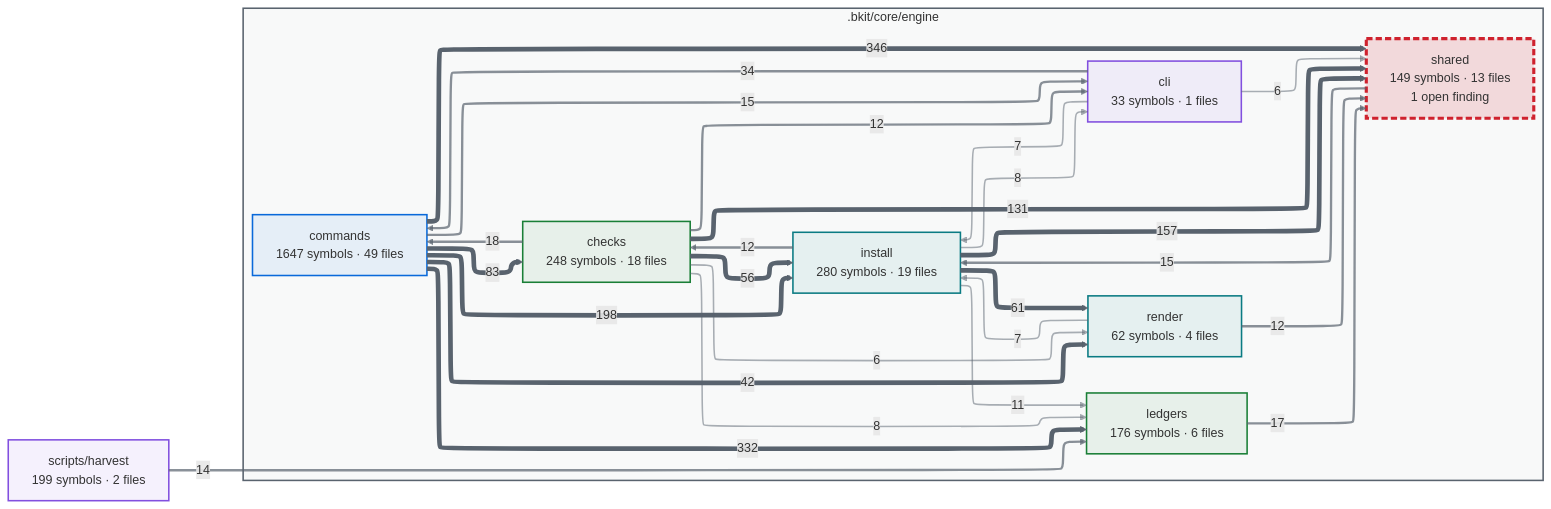
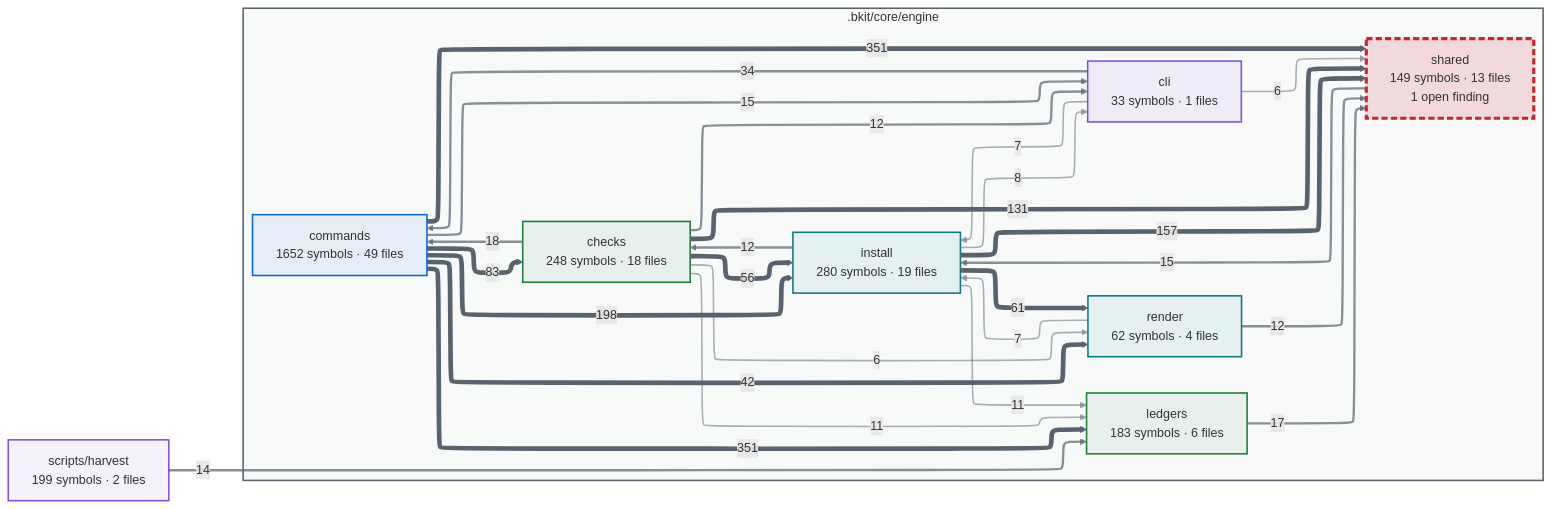
The first of 2 diagrams in docs/capabilities.md (cbartens/bkit), drawn with Mermaid before and after one commit. The commit also changed other lines of this file and 139 other files, not shown here.

````diff
--- a/docs/capabilities.md
+++ b/docs/capabilities.md
@@ -153,80 +153,80 @@
 ```mermaid
 ---
 config:
   layout: elk
   themeCSS: "marker { overflow: visible; } marker path { transform: scale(1.8); transform-origin: 5px 5px; }"
   flowchart:
     useMaxWidth: false
 ---
 flowchart LR
-  %% Generated by bkit-graphify-rollup.py from 6af3da0add44a098ea842cdeaa98d4623f9f7c8e — do not edit
+  %% Generated by bkit-graphify-rollup.py from a5e3d68d01b595bc6836c74d77227037c6a1093d — do not edit
   subgraph gn_bkit_core_engine[".bkit/core/engine"]
     n_bkit_core_engine_checks["checks<br/>248 symbols · 18 files"]
     n_bkit_core_engine_cli["cli<br/>33 symbols · 1 files"]
-    n_bkit_core_engine_commands["commands<br/>1647 symbols · 49 files"]
+    n_bkit_core_engine_commands["commands<br/>1652 symbols · 49 files"]
     n_bkit_core_engine_install["install<br/>280 symbols · 19 files"]
-    n_bkit_core_engine_ledgers["ledgers<br/>176 symbols · 6 files"]
+    n_bkit_core_engine_ledgers["ledgers<br/>183 symbols · 6 files"]
     n_bkit_core_engine_render["render<br/>62 symbols · 4 files"]
     n_bkit_core_engine_shared["shared<br/>149 symbols · 13 files<br/>1 open finding"]
   end
   nscripts_harvest["scripts/harvest<br/>199 symbols · 2 files"]
-  n_bkit_core_engine_commands -->|346| n_bkit_core_engine_shared
-  n_bkit_core_engine_commands -->|332| n_bkit_core_engine_ledgers
+  n_bkit_core_engine_commands -->|351| n_bkit_core_engine_ledgers
+  n_bkit_core_engine_commands -->|351| n_bkit_core_engine_shared
   n_bkit_core_engine_commands -->|198| n_bkit_core_engine_install
   n_bkit_core_engine_install -->|157| n_bkit_core_engine_shared
   n_bkit_core_engine_checks -->|131| n_bkit_core_engine_shared
   n_bkit_core_engine_commands -->|83| n_bkit_core_engine_checks
   n_bkit_core_engine_install -->|61| n_bkit_core_engine_render
   n_bkit_core_engine_checks -->|56| n_bkit_core_engine_install
   n_bkit_core_engine_commands -->|42| n_bkit_core_engine_render
   n_bkit_core_engine_cli -->|34| n_bkit_core_engine_commands
   n_bkit_core_engine_checks -->|18| n_bkit_core_engine_commands
   n_bkit_core_engine_ledgers -->|17| n_bkit_core_engine_shared
   n_bkit_core_engine_shared -->|15| n_bkit_core_engine_install
   n_bkit_core_engine_commands -->|15| n_bkit_core_engine_cli
   nscripts_harvest -->|14| n_bkit_core_engine_ledgers
   n_bkit_core_engine_install -->|12| n_bkit_core_engine_checks
   n_bkit_core_engine_checks -->|12| n_bkit_core_engine_cli
   n_bkit_core_engine_render -->|12| n_bkit_core_engine_shared
+  n_bkit_core_engine_checks -->|11| n_bkit_core_engine_ledgers
   n_bkit_core_engine_install -->|11| n_bkit_core_engine_ledgers
-  n_bkit_core_engine_checks -->|8| n_bkit_core_engine_ledgers
   n_bkit_core_engine_install -->|8| n_bkit_core_engine_cli
   n_bkit_core_engine_cli -->|7| n_bkit_core_engine_install
   n_bkit_core_engine_render -->|7| n_bkit_core_engine_install
   n_bkit_core_engine_checks -->|6| n_bkit_core_engine_render
   n_bkit_core_engine_cli -->|6| n_bkit_core_engine_shared
   style gn_bkit_core_engine fill:#59636e0a,stroke:#59636e,stroke-width:2px
   style n_bkit_core_engine_checks stroke:#1a7f37,stroke-width:2px,fill:#1a7f3714
   style n_bkit_core_engine_cli stroke:#8250df,stroke-width:2px,fill:#8250df14
   style n_bkit_core_engine_commands stroke:#0969da,stroke-width:2px,fill:#0969da14
   style n_bkit_core_engine_install stroke:#0a7b83,stroke-width:2px,fill:#0a7b8314
   style n_bkit_core_engine_ledgers stroke:#1a7f37,stroke-width:2px,fill:#1a7f3714
   style n_bkit_core_engine_render stroke:#0a7b83,stroke-width:2px,fill:#0a7b8314
   style n_bkit_core_engine_shared stroke:#cf222e,stroke-width:4px,stroke-dasharray:8 4,fill:#cf222e26
   style nscripts_harvest stroke:#8250df,stroke-width:2px,fill:#8250df14
   linkStyle 0 stroke:#59636e,stroke-width:6px
   linkStyle 1 stroke:#59636e,stroke-width:6px
   linkStyle 2 stroke:#59636e,stroke-width:6px
   linkStyle 3 stroke:#59636e,stroke-width:6px
   linkStyle 4 stroke:#59636e,stroke-width:6px
   linkStyle 5 stroke:#59636e,stroke-width:6px
   linkStyle 6 stroke:#59636e,stroke-width:6px
   linkStyle 7 stroke:#59636e,stroke-width:6px
   linkStyle 8 stroke:#59636e,stroke-width:6px
   linkStyle 9 stroke:#59636eb3,stroke-width:3px
   linkStyle 10 stroke:#59636eb3,stroke-width:3px
   linkStyle 11 stroke:#59636eb3,stroke-width:3px
   linkStyle 12 stroke:#59636eb3,stroke-width:3px
   linkStyle 13 stroke:#59636eb3,stroke-width:3px
   linkStyle 14 stroke:#59636eb3,stroke-width:3px
   linkStyle 15 stroke:#59636eb3,stroke-width:3px
   linkStyle 16 stroke:#59636eb3,stroke-width:3px
   linkStyle 17 stroke:#59636eb3,stroke-width:3px
   linkStyle 18 stroke:#59636e80,stroke-width:2px
   linkStyle 19 stroke:#59636e80,stroke-width:2px
   linkStyle 20 stroke:#59636e80,stroke-width:2px
   linkStyle 21 stroke:#59636e80,stroke-width:2px
   linkStyle 22 stroke:#59636e80,stroke-width:2px
   linkStyle 23 stroke:#59636e80,stroke-width:2px
   linkStyle 24 stroke:#59636e80,stroke-width:2px
 ```
````
